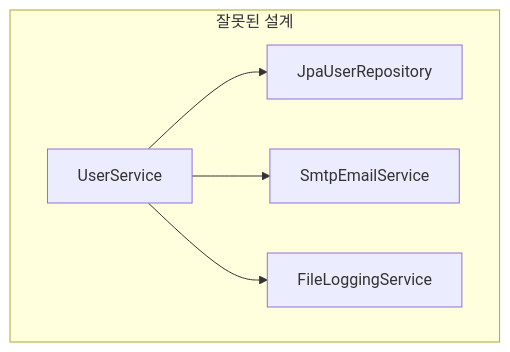
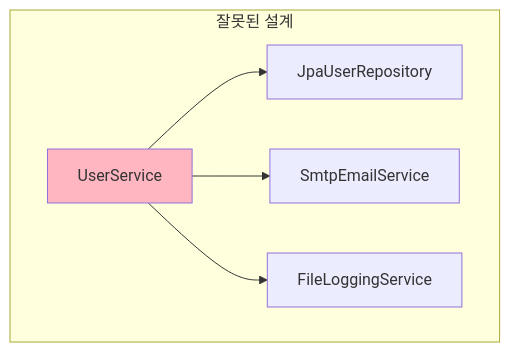
The fourth of 6 diagrams in 03.SOLID.md (schooldevops/interview-spring-java-kotlin), drawn with Mermaid before and after one commit.

Commit message:
add solid

````diff
--- a/03.SOLID.md
+++ b/03.SOLID.md
@@ -573,8 +573,10 @@
 ```mermaid
 graph TB
     subgraph "잘못된 설계"
         A[UserService] --> B[JpaUserRepository]
         A --> C[SmtpEmailService]
         A --> D[FileLoggingService]
     end
+
+    style A fill:#FFB6C1
 ```
````
